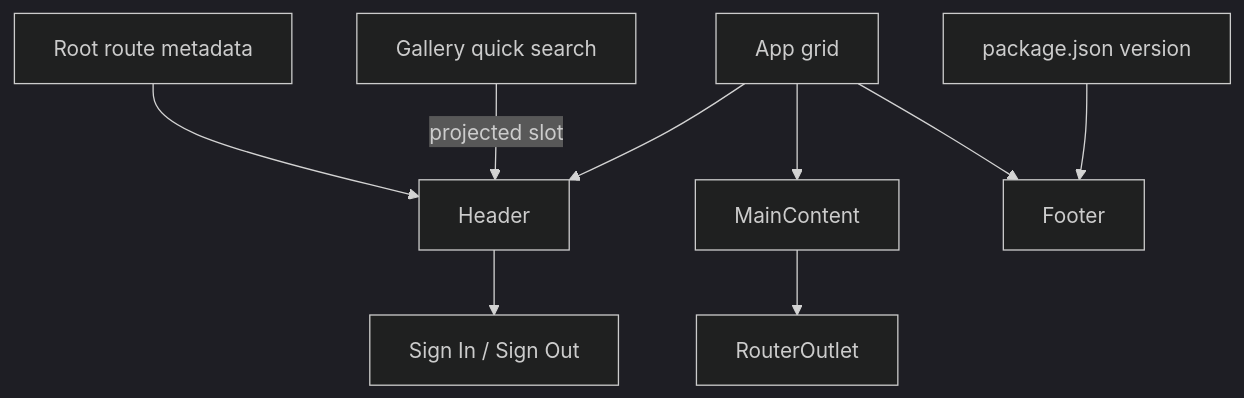
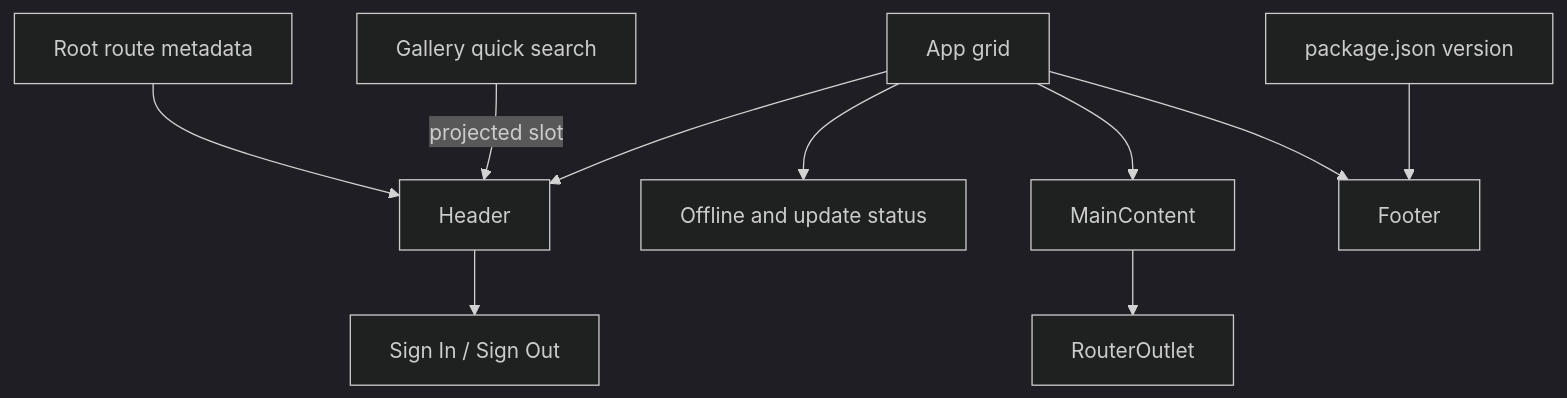
Before and after one commit to Zwezh/media-shelf: the diagram in lode/ui/application-shell.md, drawn with Mermaid (dark theme). The commit also changed other lines of this file and 66 other files, not shown here.

````diff
--- a/lode/ui/application-shell.md
+++ b/lode/ui/application-shell.md
@@ -21,11 +22,12 @@
 ```mermaid
 flowchart TD
   App[App grid] --> Header[Header]
+  App --> PwaStatus[Offline and update status]
   App --> Main[MainContent]
   App --> Footer[Footer]
   Routes[Root route metadata] --> Header
   Search[Gallery quick search] -->|projected slot| Header
   Header --> Auth[Sign In / Sign Out]
   Main --> Outlet[RouterOutlet]
   Package[package.json version] --> Footer
 ```
````
